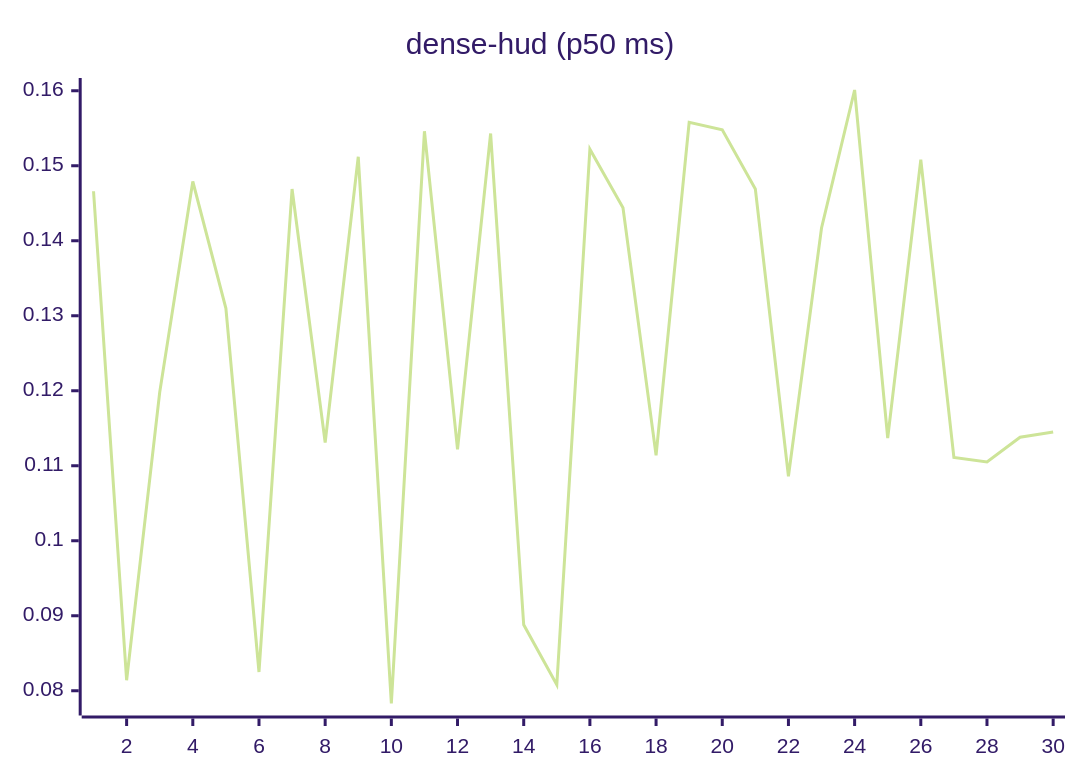
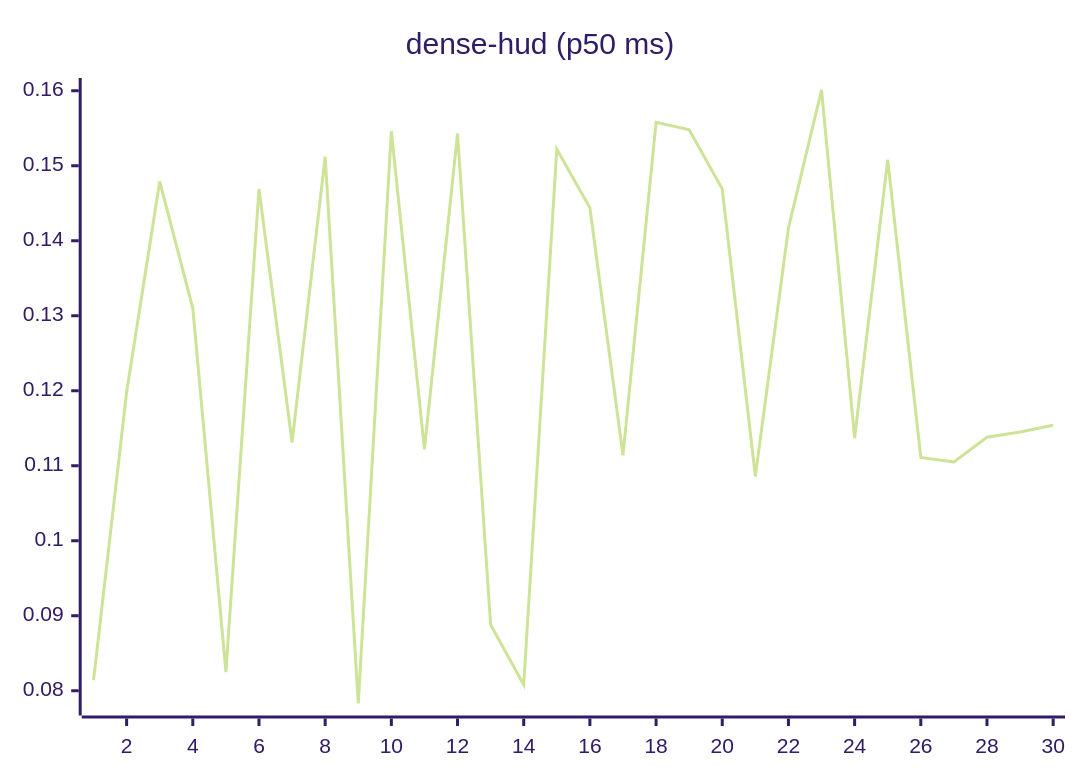
Before and after one commit to josha/Facet: the eighth of 27 diagrams in README.md, drawn with Mermaid (forest theme). The commit also changed other lines of this file and 2 other files, not shown here.

````diff
--- a/README.md
+++ b/README.md
@@ -112,6 +112,6 @@
 ```mermaid
 xychart-beta
     title "dense-hud (p50 ms)"
     x-axis 1 --> 30
-    line [0.1466, 0.0814, 0.1198, 0.1479, 0.1310, 0.0825, 0.1469, 0.1131, 0.1512, 0.0783, 0.1546, 0.1122, 0.1543, 0.0888, 0.0808, 0.1522, 0.1444, 0.1114, 0.1558, 0.1548, 0.1469, 0.1086, 0.1417, 0.1601, 0.1137, 0.1508, 0.1111, 0.1105, 0.1138, 0.1145]
+    line [0.0814, 0.1198, 0.1479, 0.1310, 0.0825, 0.1469, 0.1131, 0.1512, 0.0783, 0.1546, 0.1122, 0.1543, 0.0888, 0.0808, 0.1522, 0.1444, 0.1114, 0.1558, 0.1548, 0.1469, 0.1086, 0.1417, 0.1601, 0.1137, 0.1508, 0.1111, 0.1105, 0.1138, 0.1145, 0.1154]
 ```
````
